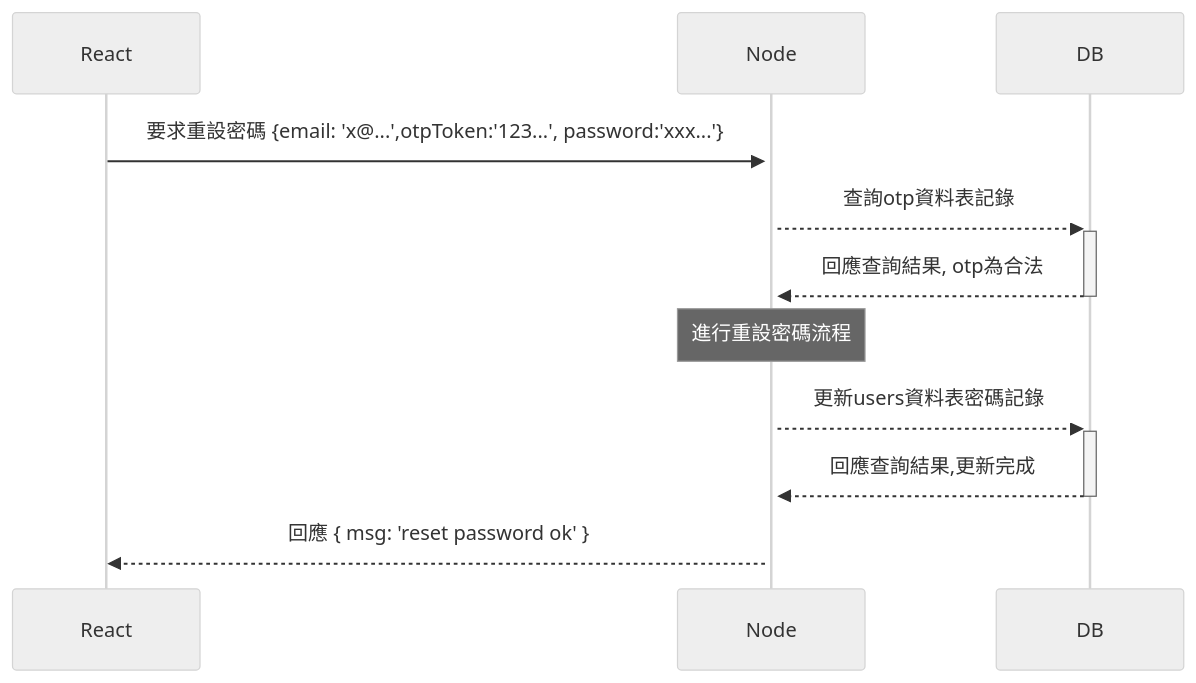
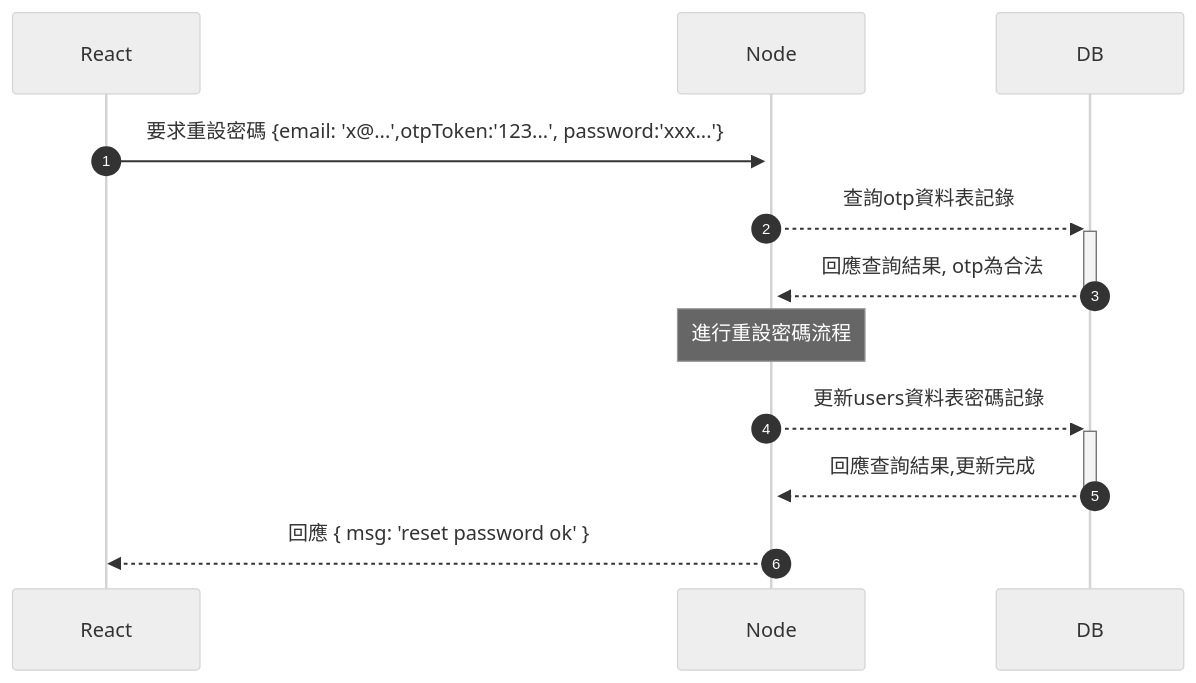
Before and after one commit to sd918207458/board-buddy-express: the third of 3 diagrams in docs/otp.md, drawn with Mermaid (neutral theme). The commit also changed other lines of this file and 3 other files, not shown here.

````diff
--- a/docs/otp.md
+++ b/docs/otp.md
@@ -52,10 +57,11 @@
 ```mermaid
 sequenceDiagram
+    autonumber
     React->>+Node: 要求重設密碼 {email: 'x@...',otpToken:'123...', password:'xxx...'}
     Node-->>+DB: 查詢otp資料表記錄
     DB-->>-Node: 回應查詢結果, otp為合法
     Note over Node: 進行重設密碼流程
     Node-->>+DB: 更新users資料表密碼記錄
     DB-->>-Node: 回應查詢結果,更新完成
     Node-->>React: 回應 { msg: 'reset password ok' }
 ```
````
